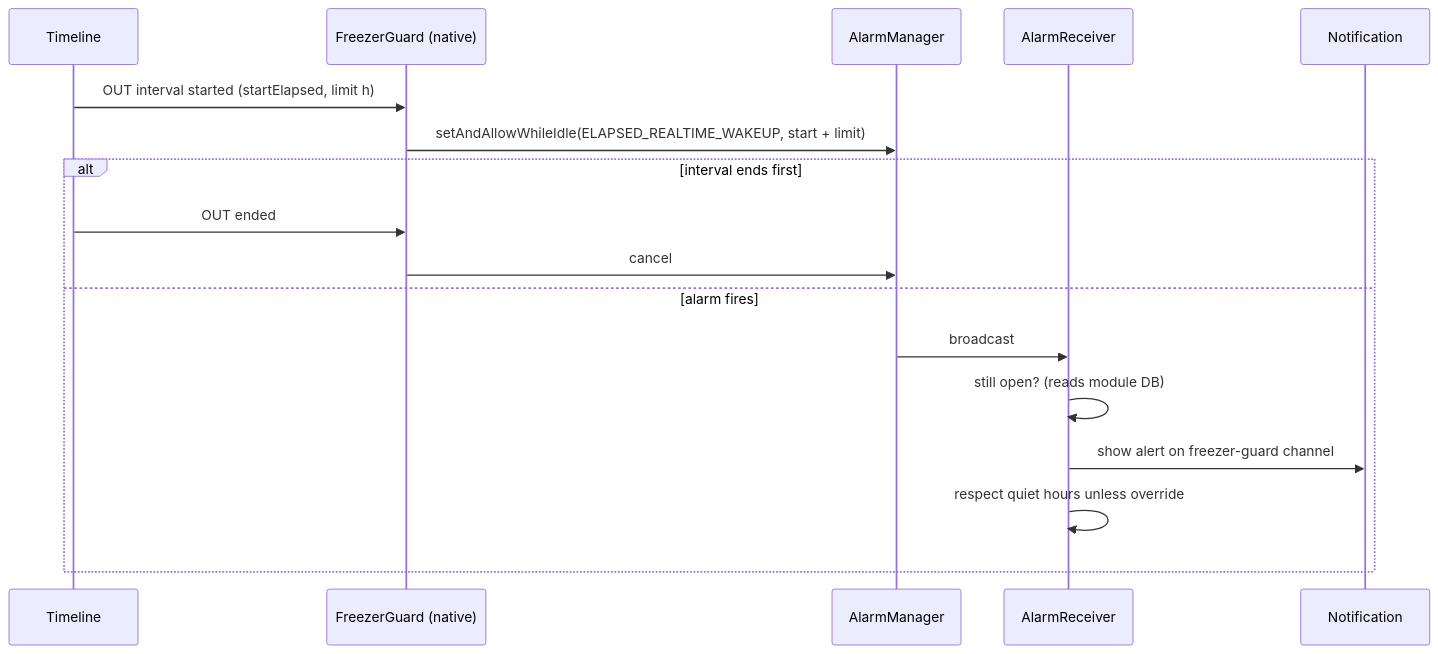
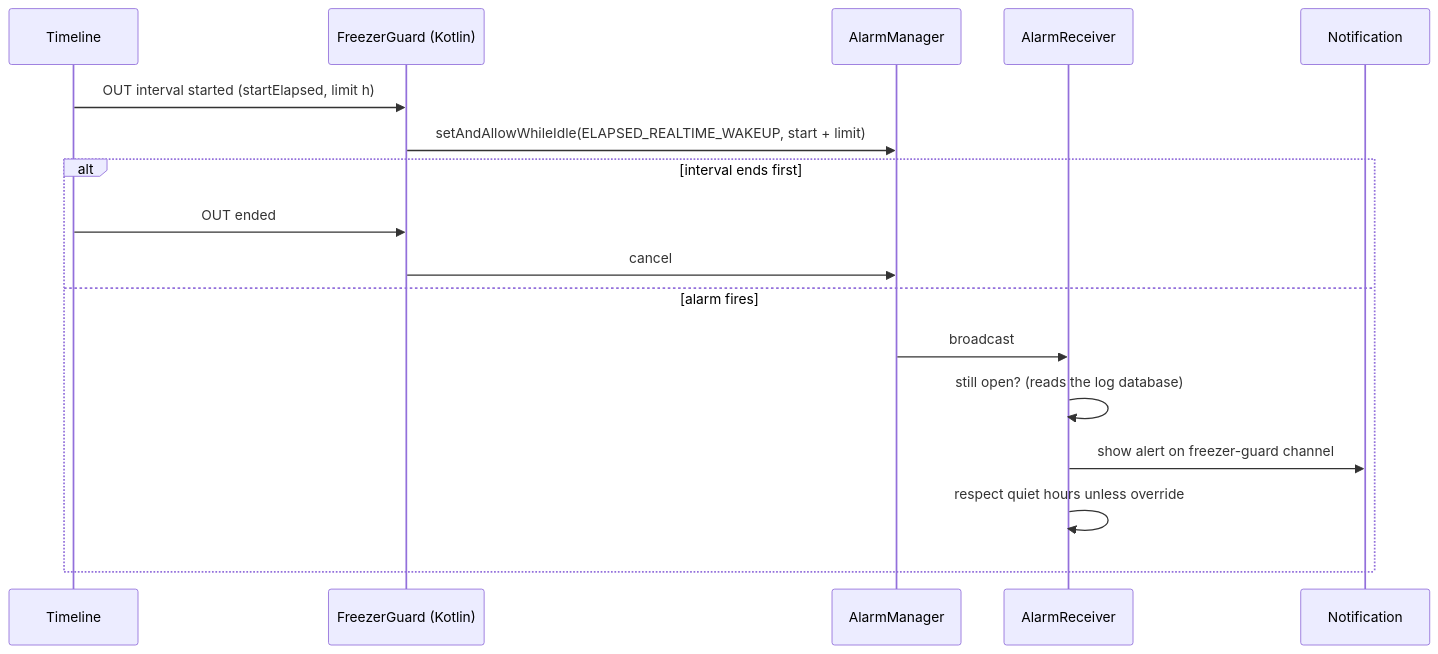
The fourth of 5 diagrams in .kiro/specs/power-log/design.md (3akare/outage), drawn with Mermaid before and after one commit. The commit also changed other lines of this file and 108 other files, not shown here.

Commit message:
refactor(stack): move the app to native Kotlin, remove Expo/React Native/EAS, add Gradle probe and CI [spec:all task:adr-0012]

````diff
--- a/.kiro/specs/power-log/design.md
+++ b/.kiro/specs/power-log/design.md
@@ -111,19 +111,19 @@
 ```mermaid
 sequenceDiagram
     participant TL as Timeline
-    participant FG as FreezerGuard (native)
+    participant FG as FreezerGuard (Kotlin)
     participant AM as AlarmManager
     participant R as AlarmReceiver
     participant N as Notification
     TL->>FG: OUT interval started (startElapsed, limit h)
     FG->>AM: setAndAllowWhileIdle(ELAPSED_REALTIME_WAKEUP, start + limit)
     alt interval ends first
         TL->>FG: OUT ended
         FG->>AM: cancel
     else alarm fires
         AM->>R: broadcast
-        R->>R: still open? (reads module DB)
+        R->>R: still open? (reads the log database)
         R->>N: show alert on freezer-guard channel
         R->>R: respect quiet hours unless override
     end
 ```
````
